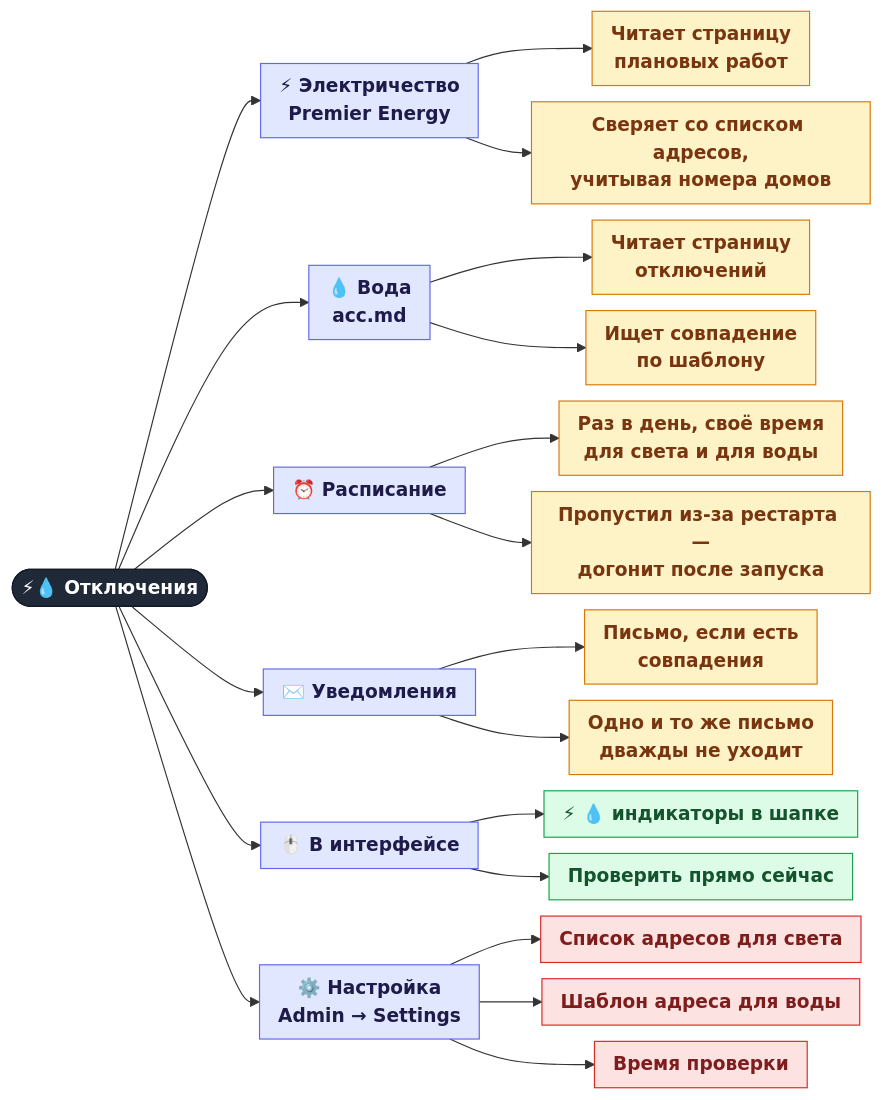
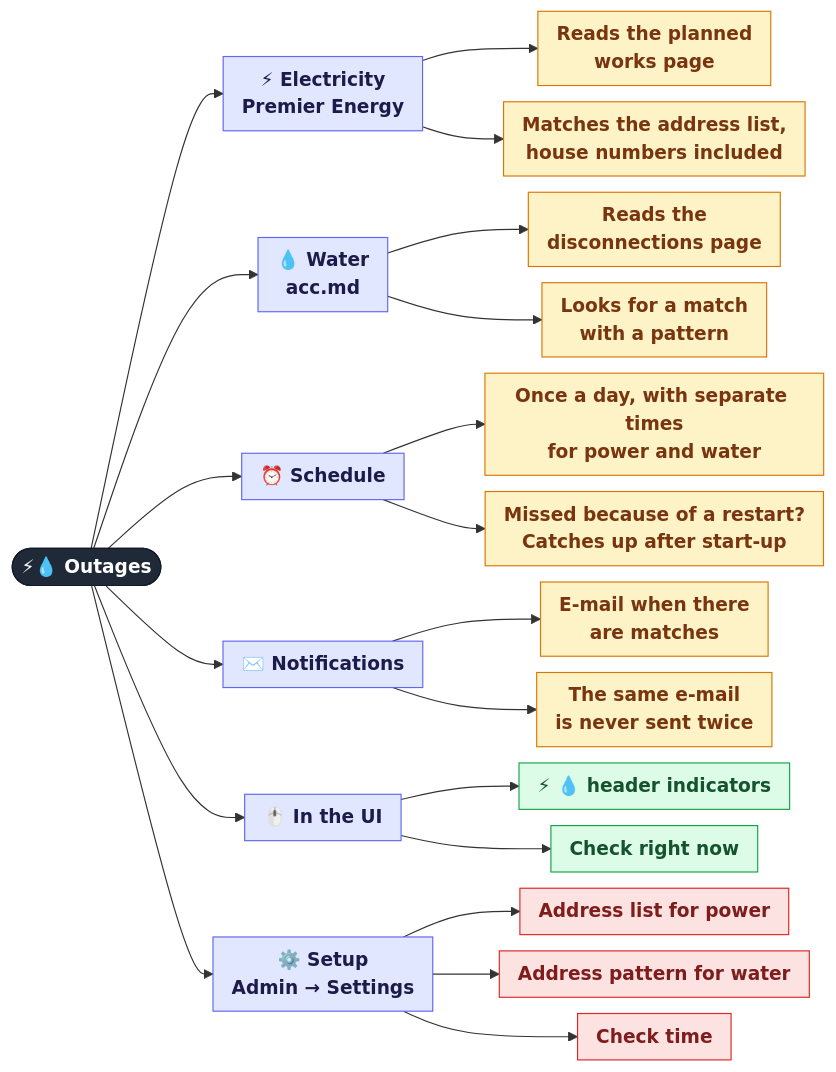
The first of 2 diagrams in docs/features/07-outages.md (Madly222/MCPforMonitoring), drawn with Mermaid before and after one commit. The commit also changed other lines of this file and 37 other files, not shown here.

````diff
--- a/docs/features/07-outages.md
+++ b/docs/features/07-outages.md
@@ -7,36 +7,36 @@
 ```mermaid
 %%{init: {"flowchart": {"nodeSpacing": 14, "rankSpacing": 45, "curve": "basis", "padding": 8, "wrappingWidth": 260}}}%%
 flowchart LR
-    ROOT(["⚡💧 Отключения"]):::root
+    ROOT(["⚡💧 Outages"]):::root
 
-    ROOT --> EL["⚡ Электричество<br/>Premier Energy"]:::group
-    EL --> E1["Читает страницу<br/>плановых работ"]:::auto
-    EL --> E2["Сверяет со списком адресов,<br/>учитывая номера домов"]:::auto
+    ROOT --> EL["⚡ Electricity<br/>Premier Energy"]:::group
+    EL --> E1["Reads the planned<br/>works page"]:::auto
+    EL --> E2["Matches the address list,<br/>house numbers included"]:::auto
 
-    ROOT --> WA["💧 Вода<br/>acc.md"]:::group
-    WA --> W1["Читает страницу<br/>отключений"]:::auto
-    WA --> W2["Ищет совпадение<br/>по шаблону"]:::auto
+    ROOT --> WA["💧 Water<br/>acc.md"]:::group
+    WA --> W1["Reads the<br/>disconnections page"]:::auto
+    WA --> W2["Looks for a match<br/>with a pattern"]:::auto
 
-    ROOT --> TIME["⏰ Расписание"]:::group
-    TIME --> T1["Раз в день, своё время<br/>для света и для воды"]:::auto
-    TIME --> T2["Пропустил из-за рестарта —<br/>догонит после запуска"]:::auto
+    ROOT --> TIME["⏰ Schedule"]:::group
+    TIME --> T1["Once a day, with separate times<br/>for power and water"]:::auto
+    TIME --> T2["Missed because of a restart?<br/>Catches up after start-up"]:::auto
 
-    ROOT --> MAIL["✉️ Уведомления"]:::group
-    MAIL --> M1["Письмо, если есть<br/>совпадения"]:::auto
-    MAIL --> M2["Одно и то же письмо<br/>дважды не уходит"]:::auto
+    ROOT --> MAIL["✉️ Notifications"]:::group
+    MAIL --> M1["E-mail when there<br/>are matches"]:::auto
+    MAIL --> M2["The same e-mail<br/>is never sent twice"]:::auto
 
-    ROOT --> UI["🖱️ В интерфейсе"]:::group
-    UI --> U1["⚡ 💧 индикаторы в шапке"]:::all
-    UI --> U2["Проверить прямо сейчас"]:::all
+    ROOT --> UI["🖱️ In the UI"]:::group
+    UI --> U1["⚡ 💧 header indicators"]:::all
+    UI --> U2["Check right now"]:::all
 
-    ROOT --> CONF["⚙️ Настройка<br/>Admin → Settings"]:::group
-    CONF --> C1["Список адресов для света"]:::super
-    CONF --> C2["Шаблон адреса для воды"]:::super
-    CONF --> C3["Время проверки"]:::super
+    ROOT --> CONF["⚙️ Setup<br/>Admin → Settings"]:::group
+    CONF --> C1["Address list for power"]:::super
+    CONF --> C2["Address pattern for water"]:::super
+    CONF --> C3["Check time"]:::super
 
     classDef root  fill:#1f2937,stroke:#111827,color:#ffffff,font-weight:bold
     classDef group fill:#e0e7ff,stroke:#6366f1,color:#1e1b4b,font-weight:bold
     classDef all   fill:#dcfce7,stroke:#16a34a,color:#14532d
     classDef super fill:#fde2e2,stroke:#dc2626,color:#7f1d1d
     classDef auto  fill:#fef3c7,stroke:#d97706,color:#78350f
 ```
````
